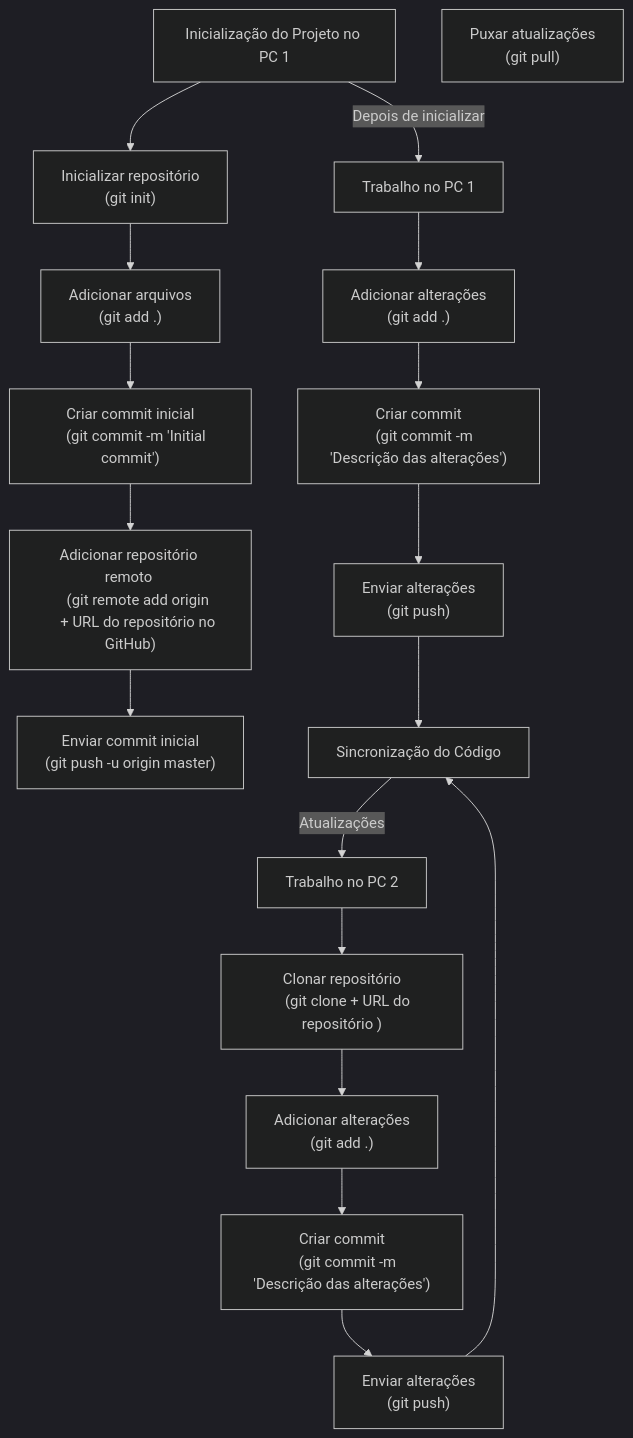
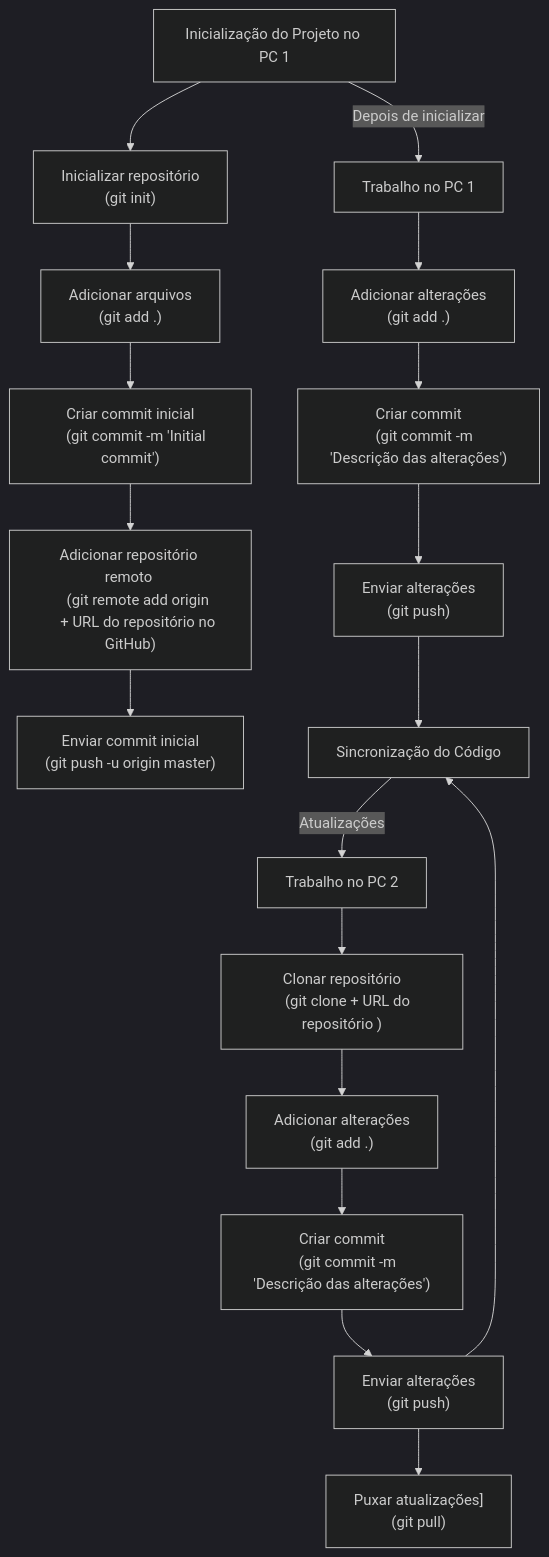
The second of 3 diagrams in graphs/README.md (CTISM-Prof-Henry/gitEssentials), drawn with Mermaid (dark theme) before and after one commit. The commit also changed other lines of this file, not shown here.

````diff
--- a/graphs/README.md
+++ b/graphs/README.md
@@ -88,56 +88,58 @@
 ```mermaid
 flowchart TD
     A["Inicialização do Projeto no PC 1"]
     B["Inicializar repositório
     (git init)"]
     C["Adicionar arquivos 
     (git add .)"]
     D["Criar commit inicial
     (git commit -m 'Initial commit')"]
     E["Adicionar repositório remoto 
     (git remote add origin
      + URL do repositório no GitHub)"]
     F["Enviar commit inicial
     (git push -u origin master)"]
 
     G["Trabalho no PC 1"]
     H["Adicionar alterações 
     (git add .)"]
     I["Criar commit
     (git commit -m 'Descrição das alterações')"]
     J["Enviar alterações
     (git push)"]
 
     K["Trabalho no PC 2"]
     L["Clonar repositório
     (git clone + URL do repositório )"]
     M["Adicionar alterações
     (git add .)"]
     N["Criar commit
     (git commit -m 'Descrição das alterações')"]
     O["Enviar alterações
     (git push)"]
 
     P["Sincronização do Código"]
-    Q["Puxar atualizações
+    Q["Puxar atualizações]
     (git pull)"]
 
     A --> B
     B --> C
     C --> D
     D --> E
     E --> F
 
     A -->|Depois de inicializar| G
     G --> H
     H --> I
     I --> J
     J --> P
 
     P -->|Atualizações| K
     K --> L
     L --> M
     M --> N
     N --> O
+    O --> Q
     O --> P
+
 ```
````
